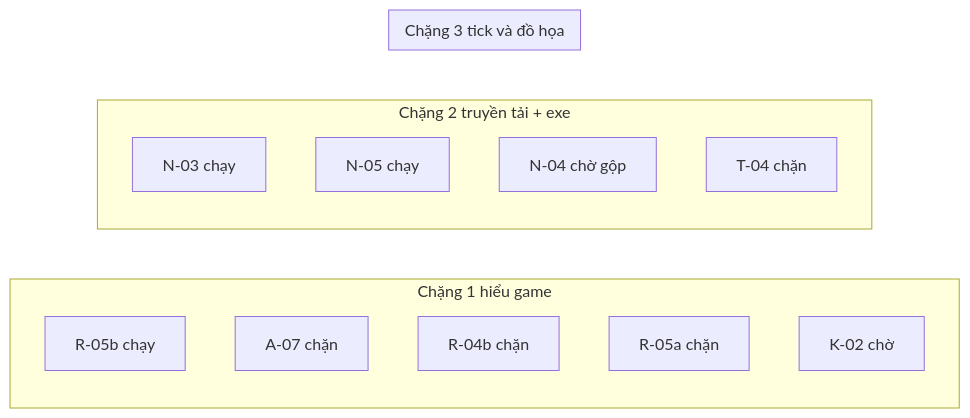
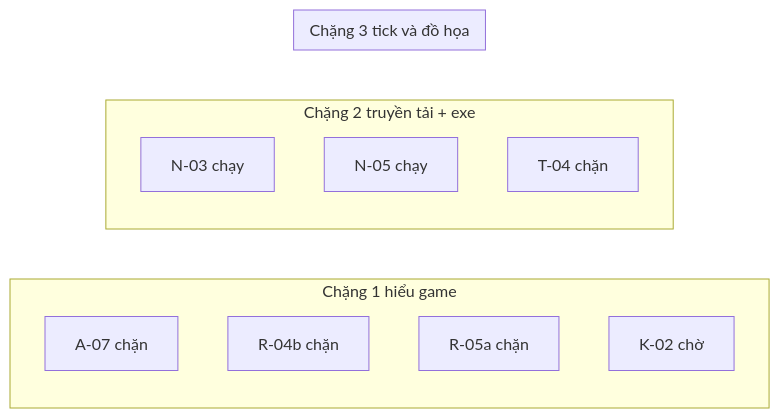
Before and after one commit to ndtangoss-dev/jx1-reports: the diagram in JX1_OPS/STATE/TIEN-DO.md, drawn with Mermaid. The commit also changed other lines of this file and 3 other files, not shown here.

````diff
--- a/JX1_OPS/STATE/TIEN-DO.md
+++ b/JX1_OPS/STATE/TIEN-DO.md
@@ -9,18 +9,16 @@
 ```mermaid
 flowchart LR
   subgraph S1["Chặng 1 hiểu game"]
-    R_05b["R-05b chạy"]
     A_07["A-07 chặn"]
     R_04b["R-04b chặn"]
     R_05a["R-05a chặn"]
     K_02["K-02 chờ"]
   end
   subgraph S2["Chặng 2 truyền tải + exe"]
     N_03["N-03 chạy"]
     N_05["N-05 chạy"]
-    N_04["N-04 chờ gộp"]
     T_04["T-04 chặn"]
   end
   subgraph S3["Chặng 3 tick và đồ họa"]
   end
 ```
````
